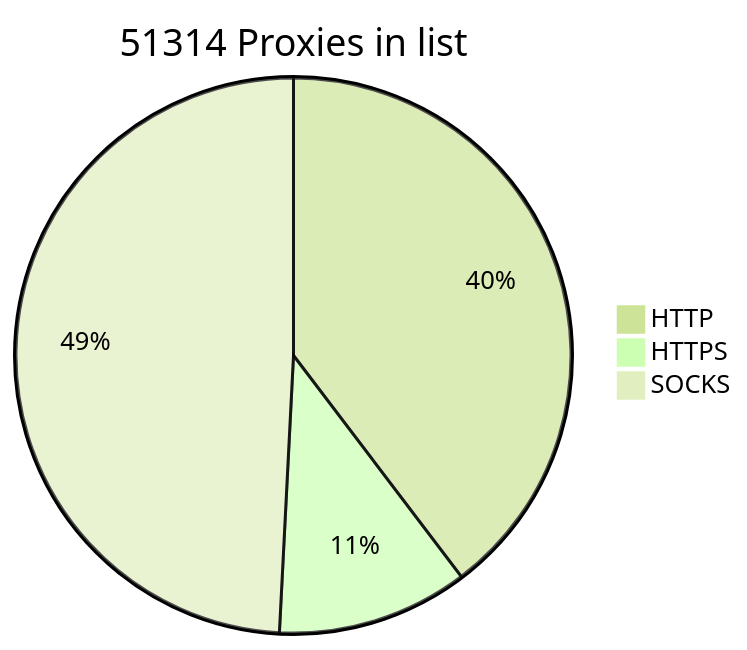
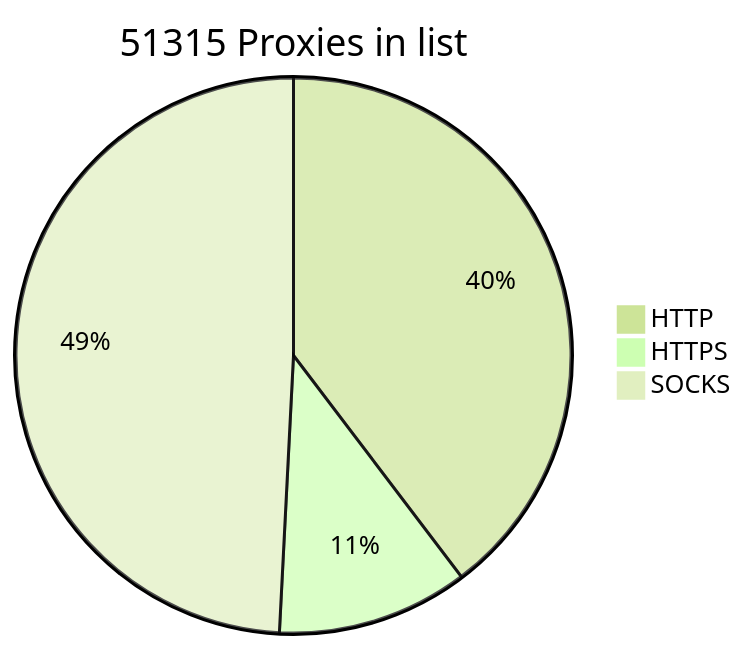
Before and after one commit to BlackSnowDot/proxylist-update-every-minute: the diagram in README.md, drawn with Mermaid (forest theme).

````diff
--- a/README.md
+++ b/README.md
@@ -2,6 +2,6 @@
 ```mermaid
-pie title 51314 Proxies in list
-    "HTTP" : 22590
-    "HTTPS": 6346
-    "SOCKS" : 28014
+pie title 51315 Proxies in list
+    "HTTP" : 22592
+    "HTTPS": 6345
+    "SOCKS" : 28015
 ```
````
